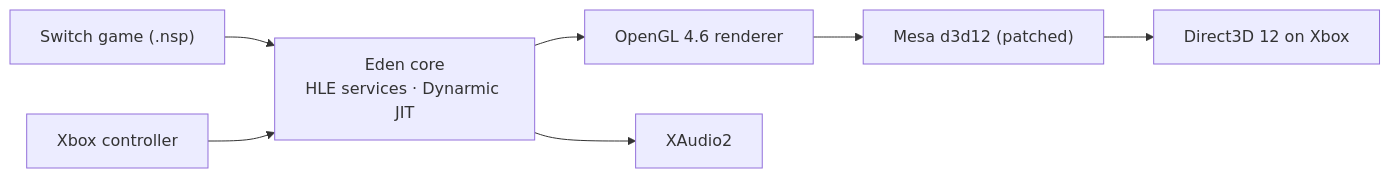
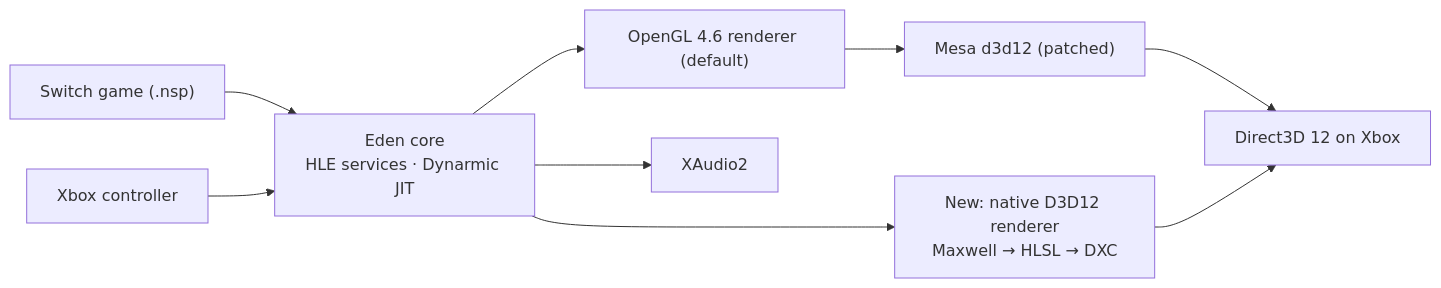
Before and after one commit to DasEtwa/NXbox: the diagram in README.md, drawn with Mermaid. The commit also changed other lines of this file, not shown here.

Commit message:
README: native Direct3D 12 renderer, current game states, NXbox Pack and accounts

````diff
--- a/README.md
+++ b/README.md
@@ -139,9 +146,11 @@
 ```mermaid
 flowchart LR
     game["Switch game (.nsp)"] --> core["Eden core<br/>HLE services · Dynarmic JIT"]
-    core --> gl["OpenGL 4.6 renderer"]
+    core --> gl["OpenGL 4.6 renderer (default)"]
     gl --> mesa["Mesa d3d12 (patched)"]
     mesa --> d3d["Direct3D 12 on Xbox"]
+    core --> native["New: native D3D12 renderer<br/>Maxwell → HLSL → DXC"]
+    native --> d3d
     core --> audio["XAudio2"]
     pad["Xbox controller"] --> core
 ```
````
